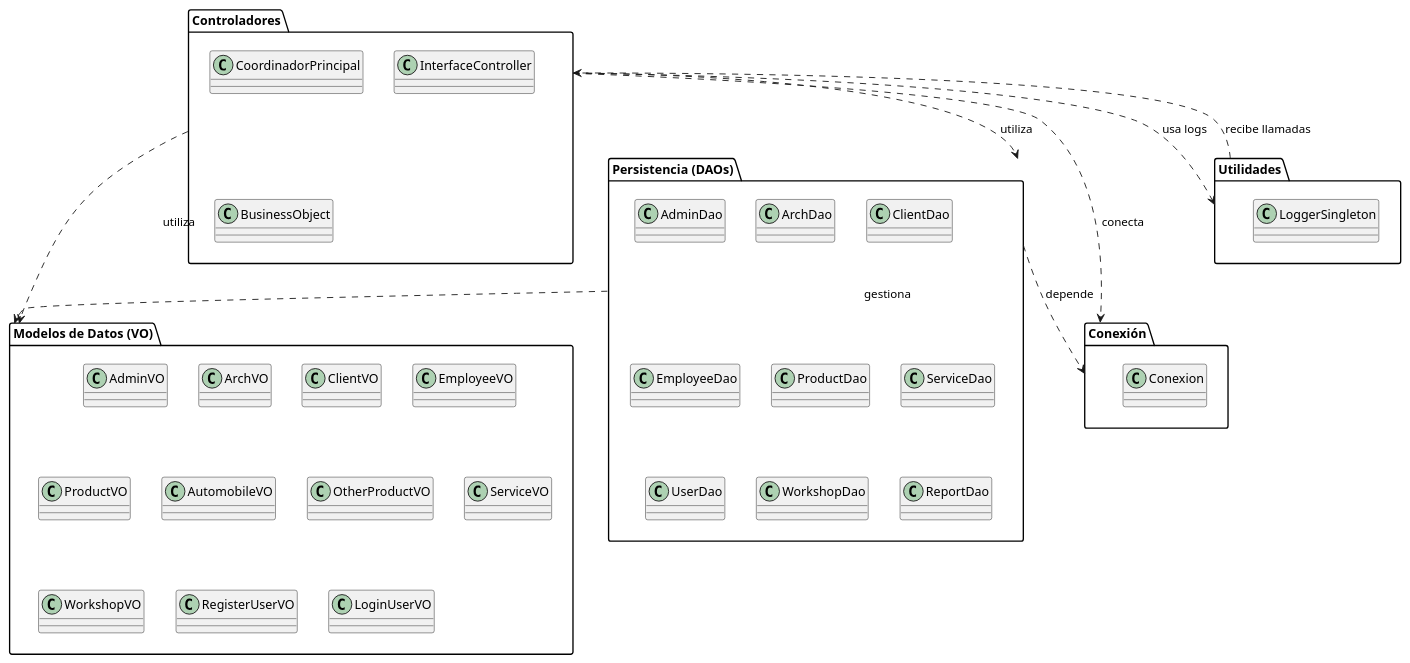
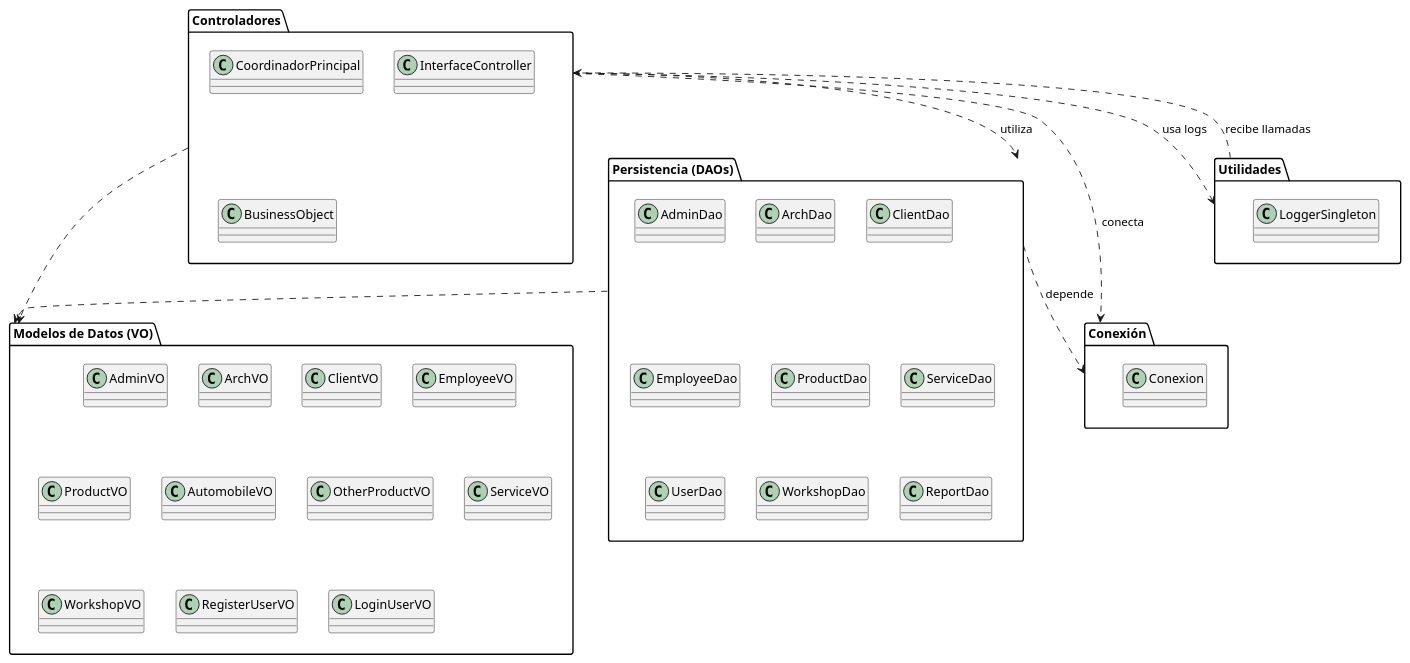
Before and after one commit to Mig501/IngSw: the diagram in out/proyecto_sw_paq_UML.wsd, drawn with PlantUML. The commit also changed 1 other file, not shown here.

Commit message:
diagrama de paquetes del proyecto de software

```diff
--- a/out/proyecto_sw_paq_UML.wsd
+++ b/out/proyecto_sw_paq_UML.wsd
@@ -1,52 +1,52 @@
 @startuml diagrama_paquetes
 
 package "Controladores" {
     class CoordinadorPrincipal
     class InterfaceController
     class BusinessObject
 }
 
 package "Persistencia (DAOs)" {
     class AdminDao
     class ArchDao
     class ClientDao
     class EmployeeDao
     class ProductDao
     class ServiceDao
     class UserDao
     class WorkshopDao
     class ReportDao
 }
 
 package "Modelos de Datos (VO)" {
     class AdminVO
     class ArchVO
     class ClientVO
     class EmployeeVO
     class ProductVO
     class AutomobileVO
     class OtherProductVO
     class ServiceVO
     class WorkshopVO
     class RegisterUserVO
     class LoginUserVO
 }
 
 package "Utilidades" {
     class LoggerSingleton
 }
 
 package "Conexión" {
     class Conexion
 }
 
 ' Dependencias entre paquetes
 "Controladores" ..> "Persistencia (DAOs)" : utiliza
-"Controladores" ..> "Modelos de Datos (VO)" : utiliza
-"Persistencia (DAOs)" ..> "Modelos de Datos (VO)" : gestiona
+"Controladores" ..> "Modelos de Datos (VO)"
+"Persistencia (DAOs)" ..> "Modelos de Datos (VO)"
 "Controladores" ..> "Conexión" : conecta
 "Persistencia (DAOs)" ..> "Conexión" : depende
 "Controladores" ..> "Utilidades" : usa logs
 "Utilidades" ..> "Controladores" : recibe llamadas
 
 @enduml
```
